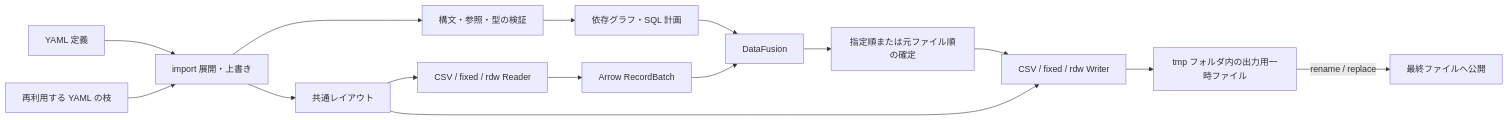
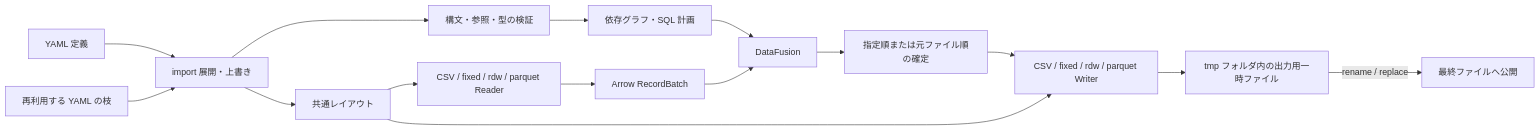
Before and after one commit to hidekatsu-izuno/dxtran: the diagram in docs/SPEC.md, drawn with Mermaid. The commit also changed other lines of this file and 140 other files, not shown here.

````diff
--- a/docs/SPEC.md
+++ b/docs/SPEC.md
@@ -37,17 +37,17 @@
 ```mermaid
 flowchart LR
     Y[YAML 定義] --> I[import 展開・上書き]
     F[再利用する YAML の枝] --> I
     I --> V[構文・参照・型の検証]
     I --> L[共通レイアウト]
     V --> P[依存グラフ・SQL 計画]
-    L --> R[CSV / fixed / rdw Reader]
+    L --> R[CSV / fixed / rdw / parquet Reader]
     R --> A[Arrow RecordBatch]
     A --> D[DataFusion]
     P --> D
     D --> S[指定順または元ファイル順の確定]
-    S --> W[CSV / fixed / rdw Writer]
+    S --> W[CSV / fixed / rdw / parquet Writer]
     L --> W
     W --> T[tmp フォルダ内の出力用一時ファイル]
     T -->|rename / replace| O[最終ファイルへ公開]
 ```
````
